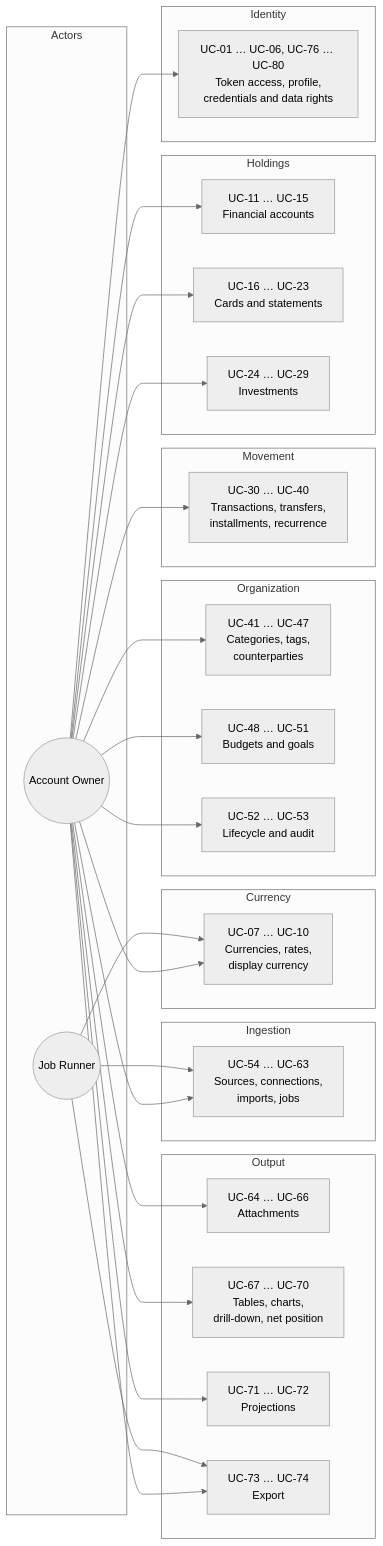
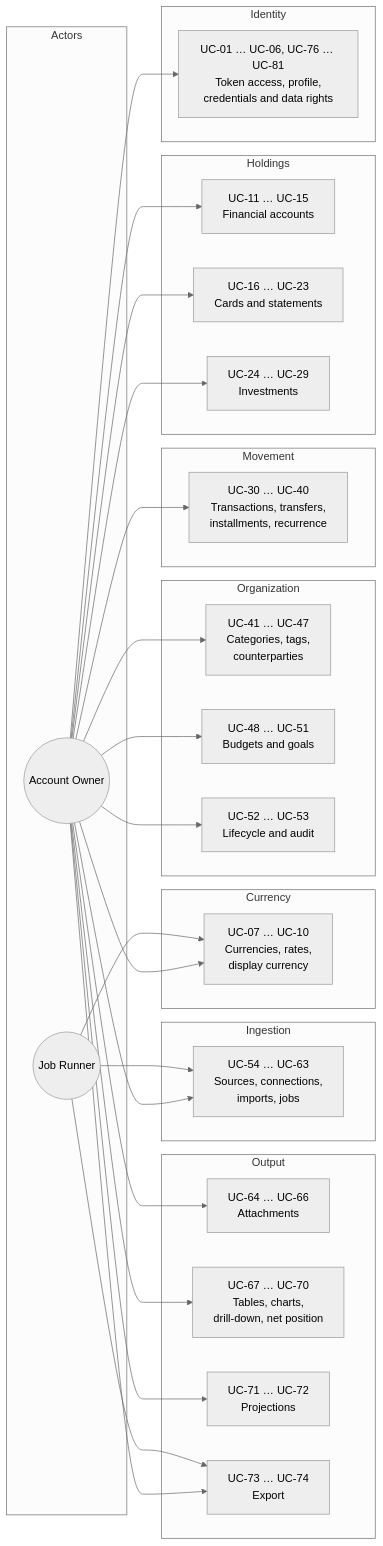
Before and after one commit to artur-rios/fortuna-api: the first of 7 diagrams in docs/requirements/Use Case Specification Document.md, drawn with Mermaid (neutral theme). The commit also changed other lines of this file and 3 other files, not shown here.

````diff
--- a/docs/requirements/Use Case Specification Document.md
+++ b/docs/requirements/Use Case Specification Document.md
@@ -48,60 +48,60 @@
 ```mermaid
 graph LR
     subgraph Actors
         OWNER(("Account Owner"))
         RUNNER(("Job Runner"))
     end
 
     subgraph Identity
-        UC01[UC-01 … UC-06, UC-76 … UC-80<br/>Token access, profile,<br/>credentials and data rights]
+        UC01[UC-01 … UC-06, UC-76 … UC-81<br/>Token access, profile,<br/>credentials and data rights]
     end
 
     subgraph Currency
         UC07[UC-07 … UC-10<br/>Currencies, rates,<br/>display currency]
     end
 
     subgraph Holdings
         UC11[UC-11 … UC-15<br/>Financial accounts]
         UC16[UC-16 … UC-23<br/>Cards and statements]
         UC24[UC-24 … UC-29<br/>Investments]
     end
 
     subgraph Movement
         UC30[UC-30 … UC-40<br/>Transactions, transfers,<br/>installments, recurrence]
     end
 
     subgraph Organization
         UC41[UC-41 … UC-47<br/>Categories, tags,<br/>counterparties]
         UC48[UC-48 … UC-51<br/>Budgets and goals]
         UC52[UC-52 … UC-53<br/>Lifecycle and audit]
     end
 
     subgraph Ingestion
         UC54[UC-54 … UC-63<br/>Sources, connections,<br/>imports, jobs]
     end
 
     subgraph Output
         UC64[UC-64 … UC-66<br/>Attachments]
         UC67[UC-67 … UC-70<br/>Tables, charts,<br/>drill-down, net position]
         UC71[UC-71 … UC-72<br/>Projections]
         UC73[UC-73 … UC-74<br/>Export]
     end
 
     OWNER --> UC01
     OWNER --> UC07
     OWNER --> UC11
     OWNER --> UC16
     OWNER --> UC24
     OWNER --> UC30
     OWNER --> UC41
     OWNER --> UC48
     OWNER --> UC52
     OWNER --> UC54
     OWNER --> UC64
     OWNER --> UC67
     OWNER --> UC71
     OWNER --> UC73
     RUNNER --> UC07
     RUNNER --> UC54
     RUNNER --> UC73
 ```
````
